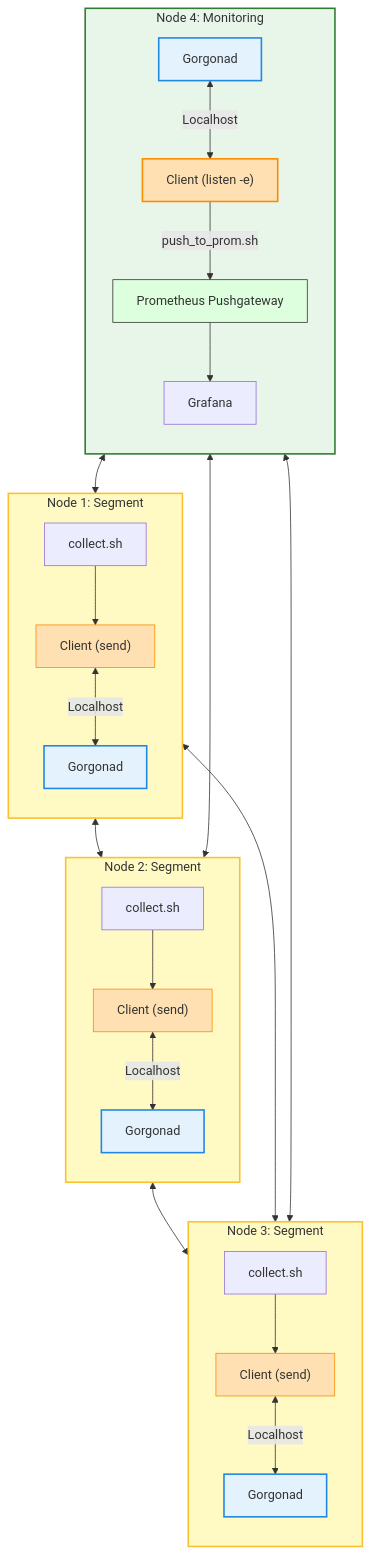
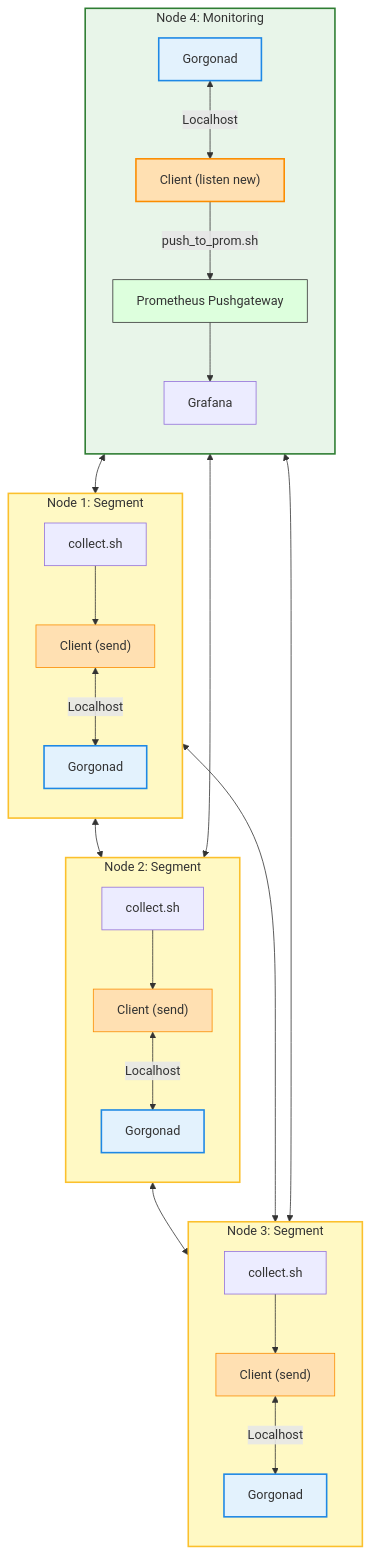
One commit to psqlmaster/gorgona changed the diagram in plugins/prom_push/readme.md. Above: the diagram before and after it, drawn with Mermaid.

Commit message:
docs(architecture): achieve full decentralization with Sidecar Daemons on all nodes including monitoring

````diff
--- a/plugins/prom_push/readme.md
+++ b/plugins/prom_push/readme.md
@@ -38,54 +38,54 @@
 ```mermaid
 graph TD
     %% Segment Nodes
     subgraph S1 ["Node 1: Segment"]
         direction TB
         sh1["collect.sh"] --> C1["Client (send)"]
         C1 <-->|Localhost| D1["Gorgonad"]
     end
 
     subgraph S2 ["Node 2: Segment"]
         direction TB
         sh2["collect.sh"] --> C2["Client (send)"]
         C2 <-->|Localhost| D2["Gorgonad"]
     end
 
     subgraph S3 ["Node 3: Segment"]
         direction TB
         sh3["collect.sh"] --> C3["Client (send)"]
         C3 <-->|Localhost| D3["Gorgonad"]
     end
 
     %% Prometheus Node (Now with its own Gorgonad)
     subgraph PROM ["Node 4: Monitoring"]
         direction TB
-        D4["Gorgonad"] <-->|Localhost| C4["Client (listen -e)"]
+        D4["Gorgonad"] <-->|Localhost| C4["Client (listen new)"]
         C4 -->|push_to_prom.sh| GW["Prometheus Pushgateway"]
         GW --> Grafana["Grafana"]
     end
 
     %% P2P Mesh (Full Mesh between all 4 Daemons)
     D1 <--> D2
     D2 <--> D3
     D3 <--> D4
     D4 <--> D1
     D1 <--> D3
     D2 <--> D4
 
     %% Styling Nodes (Yellow for Segments, Green for Monitoring)
     style S1 fill:#fff9c4,stroke:#fbc02d,stroke-width:2px
     style S2 fill:#fff9c4,stroke:#fbc02d,stroke-width:2px
     style S3 fill:#fff9c4,stroke:#fbc02d,stroke-width:2px
     style PROM fill:#e8f5e9,stroke:#2e7d32,stroke-width:2px
 
     %% Styling Components
     style C1 fill:#ffe0b2,stroke:#fb8c00
     style C2 fill:#ffe0b2,stroke:#fb8c00
     style C3 fill:#ffe0b2,stroke:#fb8c00
     style C4 fill:#ffe0b2,stroke:#fb8c00,stroke-width:2px
     style D1 fill:#e3f2fd,stroke:#1e88e5,stroke-width:2px
     style D2 fill:#e3f2fd,stroke:#1e88e5,stroke-width:2px
     style D3 fill:#e3f2fd,stroke:#1e88e5,stroke-width:2px
     style D4 fill:#e3f2fd,stroke:#1e88e5,stroke-width:2px
     style GW fill:#dfd,stroke:#333
 ```
````
